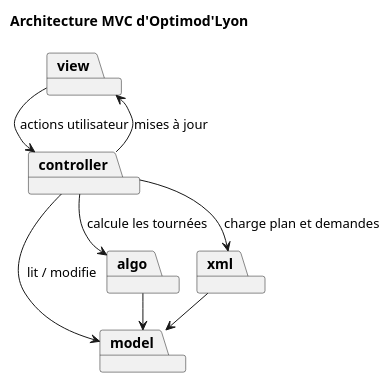
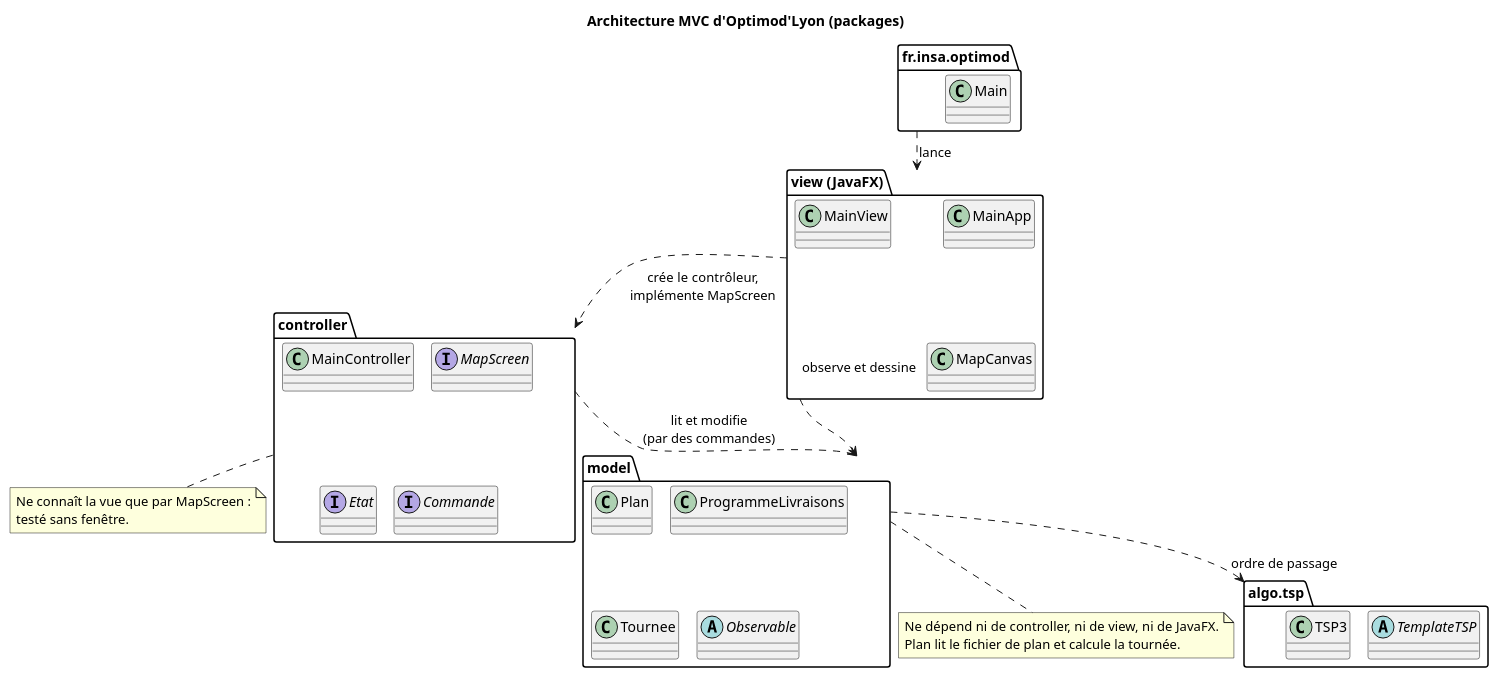
The diagram in docs/diagrams/architecture-mvc.puml (tristanhp/Optimod-Lyon), drawn with PlantUML before and after one commit. The commit also changed 65 other files, not shown here.

```diff
--- a/docs/diagrams/architecture-mvc.puml
+++ b/docs/diagrams/architecture-mvc.puml
@@ -1,18 +1,44 @@
 @startuml architecture-mvc
 !pragma layout smetana
-title Architecture MVC d'Optimod'Lyon
+title Architecture MVC d'Optimod'Lyon (packages)
 
-package "view" as view
-package "controller" as controller
-package "model" as model
-package "algo" as algo
-package "xml" as xml
+package "fr.insa.optimod" as principal {
+  class Main
+}
+package "view (JavaFX)" as view {
+  class MainApp
+  class MainView
+  class MapCanvas
+}
+package "controller" as controller {
+  class MainController
+  interface MapScreen
+  interface Etat
+  interface Commande
+}
+package "model" as model {
+  class Plan
+  class ProgrammeLivraisons
+  class Tournee
+  abstract class Observable
+}
+package "algo.tsp" as tsp {
+  abstract class TemplateTSP
+  class TSP3
+}
 
-view --> controller : actions utilisateur
-controller --> view : mises à jour
-controller --> model : lit / modifie
-controller --> algo : calcule les tournées
-controller --> xml : charge plan et demandes
-algo --> model
-xml --> model
+principal ..> view : lance
+view ..> controller : crée le contrôleur,\nimplémente MapScreen
+view ..> model : observe et dessine
+controller ..> model : lit et modifie\n(par des commandes)
+model ..> tsp : ordre de passage
+
+note bottom of model
+Ne dépend ni de controller, ni de view, ni de JavaFX.
+Plan lit le fichier de plan et calcule la tournée.
+end note
+note bottom of controller
+Ne connaît la vue que par MapScreen :
+testé sans fenêtre.
+end note
 @enduml
```
